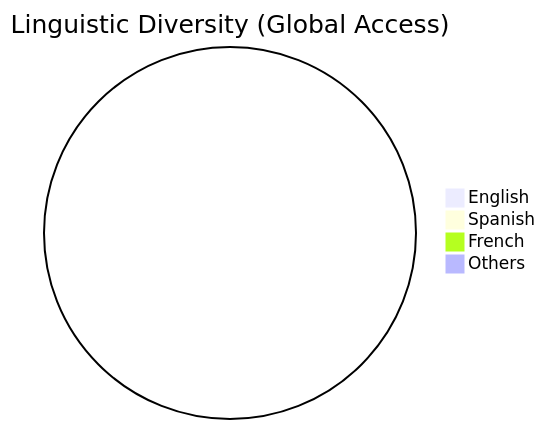
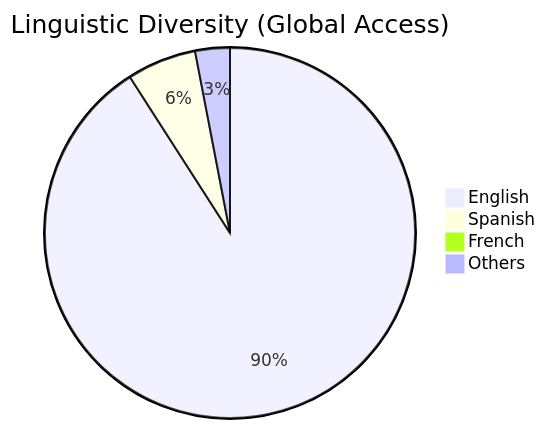
Before and after one commit to sec-js/awesome-kubernetes: the third of 10 diagrams in README.md, drawn with Mermaid. The commit also changed other lines of this file, not shown here.

````diff
--- a/README.md
+++ b/README.md
@@ -228,7 +239,7 @@
 ```mermaid
 pie title Linguistic Diversity (Global Access)
-    "English" : 0
-    "Spanish" : 0
-    "French" : 0
-    "Others" : 0
+    "English" : 16194
+    "Spanish" : 1079
+    "French" : 179
+    "Others" : 539
 ```
````
